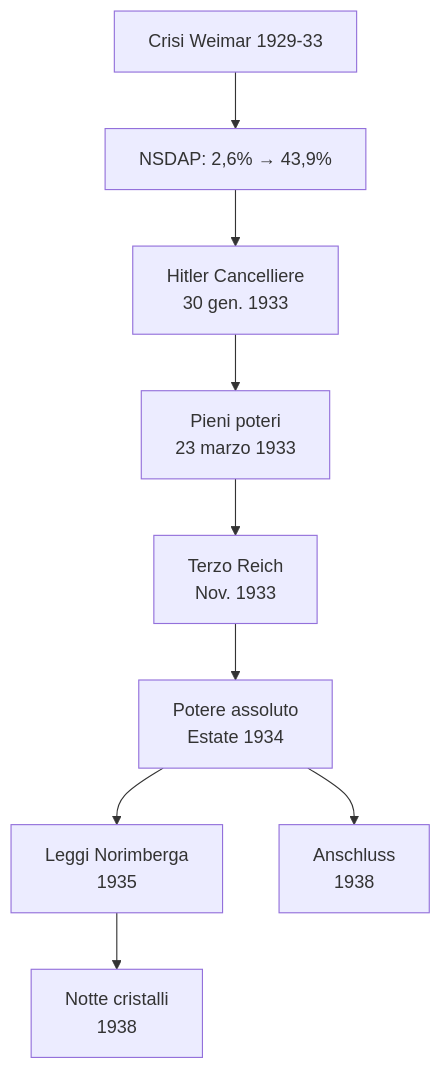
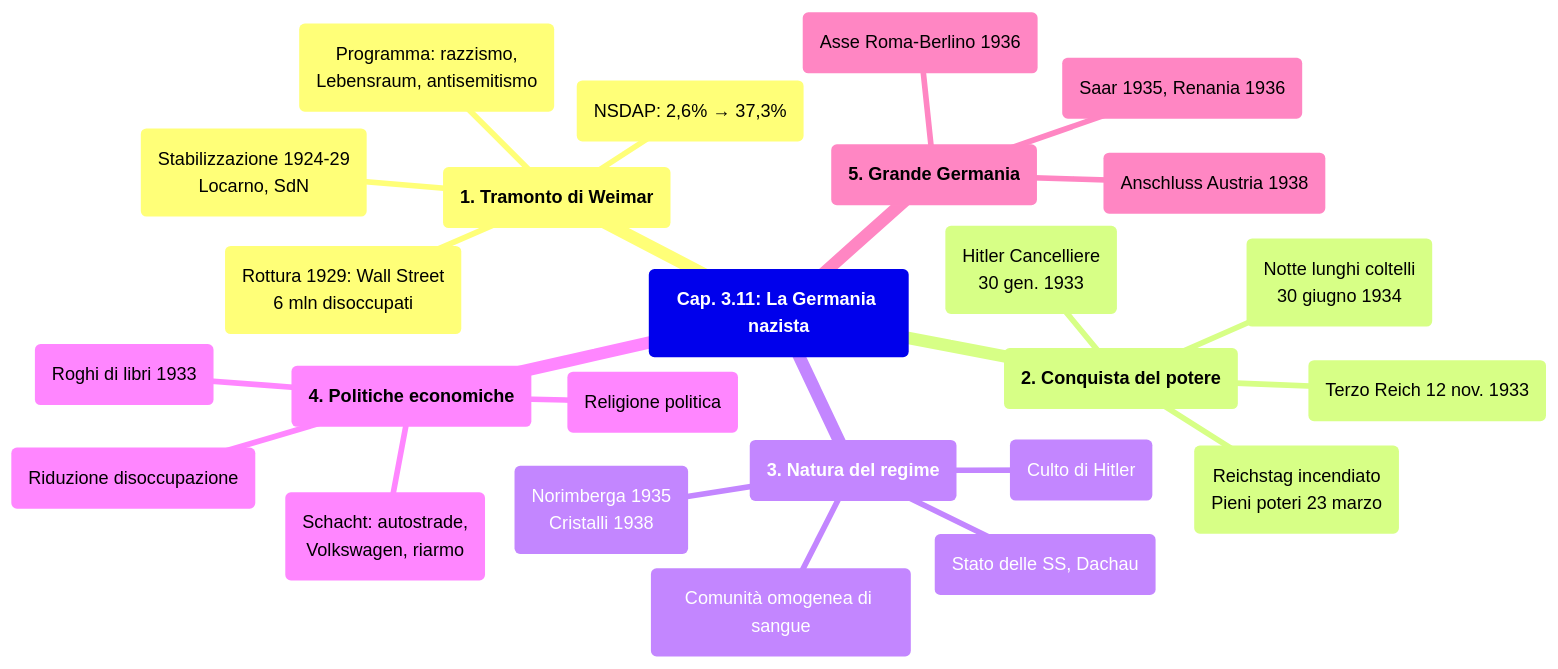
One commit to riccardo-algorime/appunti-5Bsa changed the sixth of 6 diagrams in storia/materiale/studio/capitolo_3.11_studio_riassunto.md. Above: the diagram before and after it, drawn with Mermaid. The commit also changed other lines of this file and 5 other files, not shown here.

````diff
--- a/storia/materiale/studio/capitolo_3.11_studio_riassunto.md
+++ b/storia/materiale/studio/capitolo_3.11_studio_riassunto.md
@@ -237,11 +190,28 @@
 ```mermaid
-flowchart TD
-    A[Crisi Weimar 1929-33] --> B[NSDAP: 2,6% → 43,9%]
-    B --> C[Hitler Cancelliere<br/>30 gen. 1933]
-    C --> D[Pieni poteri<br/>23 marzo 1933]
-    D --> E[Terzo Reich<br/>Nov. 1933]
-    E --> F[Potere assoluto<br/>Estate 1934]
-    F --> G[Leggi Norimberga<br/>1935]
-    G --> H[Notte cristalli<br/>1938]
-    F --> I[Anschluss<br/>1938]
+mindmap
+  root("**Cap. 3.11: La Germania nazista**")
+    ("**1. Tramonto di Weimar**")
+      ("Stabilizzazione 1924-29<br/>Locarno, SdN")
+      ("Rottura 1929: Wall Street<br/>6 mln disoccupati")
+      ("NSDAP: 2,6% → 37,3%")
+      ("Programma: razzismo,<br/>Lebensraum, antisemitismo")
+    ("**2. Conquista del potere**")
+      ("Hitler Cancelliere<br/>30 gen. 1933")
+      ("Reichstag incendiato<br/>Pieni poteri 23 marzo")
+      ("Terzo Reich 12 nov. 1933")
+      ("Notte lunghi coltelli<br/>30 giugno 1934")
+    ("**3. Natura del regime**")
+      ("Comunità omogenea di sangue")
+      ("Stato delle SS, Dachau")
+      ("Norimberga 1935<br/>Cristalli 1938")
+      ("Culto di Hitler")
+    ("**4. Politiche economiche**")
+      ("Schacht: autostrade,<br/>Volkswagen, riarmo")
+      ("Riduzione disoccupazione")
+      ("Roghi di libri 1933")
+      ("Religione politica")
+    ("**5. Grande Germania**")
+      ("Asse Roma-Berlino 1936")
+      ("Saar 1935, Renania 1936")
+      ("Anschluss Austria 1938")
 ```
````
